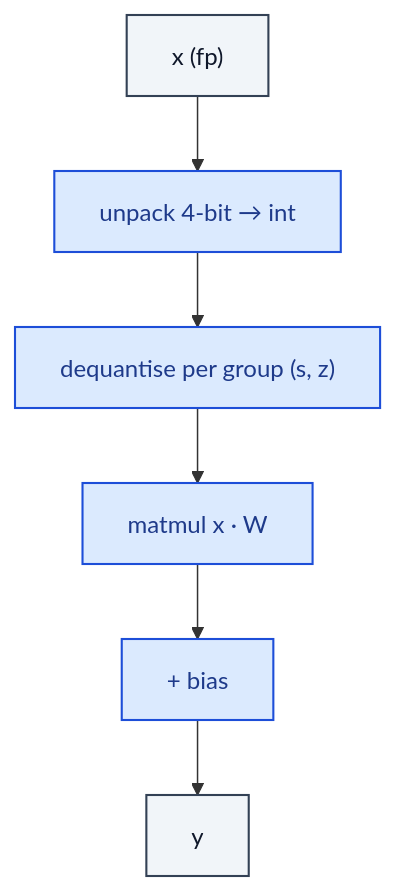
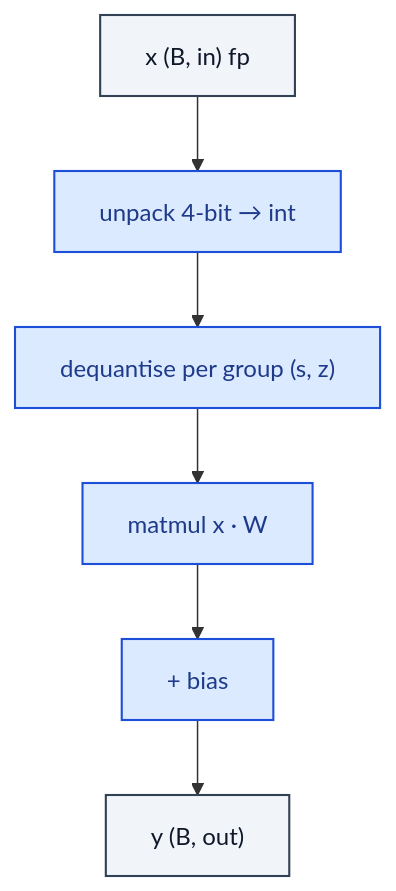
One commit to RealityShifts/Srivastava-book-of-Blocks-diagrams changed the diagram in efficient/QuantizedLinear4bit.md. Above: the diagram before and after it, drawn with Mermaid. The commit also changed 123 other files, not shown here.

````diff
--- a/efficient/QuantizedLinear4bit.md
+++ b/efficient/QuantizedLinear4bit.md
@@ -7,23 +7,24 @@
 ```mermaid
 flowchart TD
-    n0_0["x  (fp)"]:::io
+    n0_0["x  (B, in)  fp"]:::io
     n1_0["unpack 4-bit → int"]:::op
     n2_0["dequantise per group  (s, z)"]:::op
     n3_0["matmul x · W"]:::op
     n4_0["+ bias"]:::op
-    n5_0["y"]:::io
+    n5_0["y  (B, out)"]:::io
     n0_0 --> n1_0
     n1_0 --> n2_0
     n2_0 --> n3_0
     n3_0 --> n4_0
     n4_0 --> n5_0
     classDef io fill:#f1f5f9,stroke:#334155,stroke-width:1.4px,color:#0f172a
     classDef op fill:#dbeafe,stroke:#1d4ed8,stroke-width:1.4px,color:#1e3a8a
     classDef norm fill:#dcfce7,stroke:#15803d,stroke-width:1.4px,color:#14532d
     classDef act fill:#ffedd5,stroke:#c2410c,stroke-width:1.4px,color:#7c2d12
     classDef attn fill:#ede9fe,stroke:#6d28d9,stroke-width:1.4px,color:#4c1d95
     classDef merge fill:#fef3c7,stroke:#b45309,stroke-width:1.4px,color:#78350f
     classDef emb fill:#fef9c3,stroke:#a16207,stroke-width:1.4px,color:#713f12
     classDef loss fill:#fee2e2,stroke:#b91c1c,stroke-width:1.4px,color:#7f1d1d
     classDef ctrl fill:#f5f5f4,stroke:#52525b,stroke-width:1.4px,color:#27272a
+    classDef ref fill:#e0f2fe,stroke:#0369a1,stroke-width:2px,color:#0c4a6e,stroke-dasharray: 4 2
 ```
````
